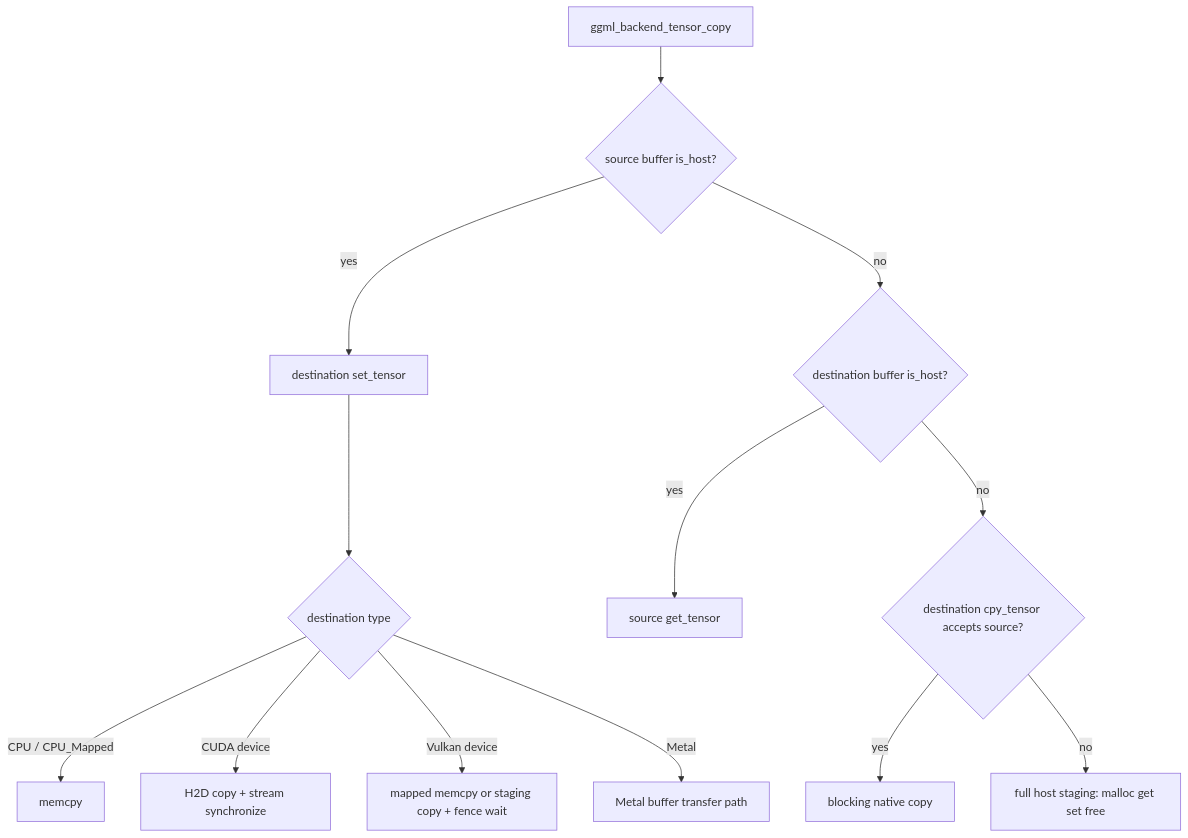
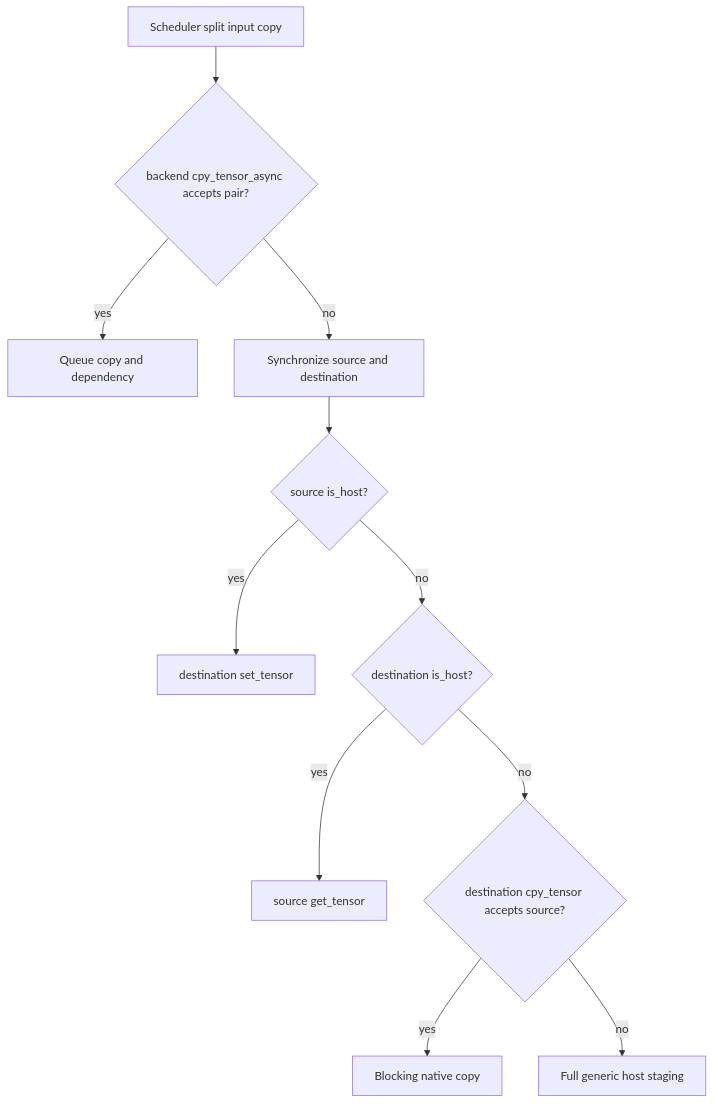
Before and after one commit to mohammed-alaa40123/How.to.llama.cpp: the diagram in docs/lifecycle/buffer-compatibility.md, drawn with Mermaid. The commit also changed other lines of this file, not shown here.

Commit message:
docs: add exact SYCL buffer compatibility matrix

````diff
--- a/docs/lifecycle/buffer-compatibility.md
+++ b/docs/lifecycle/buffer-compatibility.md
@@ -29,16 +17,13 @@
 ```mermaid
 flowchart TD
-    A[ggml_backend_tensor_copy] --> B{source buffer is_host?}
-    B -->|yes| C[destination set_tensor]
-    B -->|no| D{destination buffer is_host?}
-    D -->|yes| E[source get_tensor]
-    D -->|no| F{destination cpy_tensor accepts source?}
-    F -->|yes| G[blocking native copy]
-    F -->|no| H[full host staging: malloc get set free]
-
-    C --> I{destination type}
-    I -->|CPU / CPU_Mapped| J[memcpy]
-    I -->|CUDA device| K[H2D copy + stream synchronize]
-    I -->|Vulkan device| L[mapped memcpy or staging copy + fence wait]
-    I -->|Metal| M[Metal buffer transfer path]
+    A[Scheduler split input copy] --> B{backend cpy_tensor_async accepts pair?}
+    B -->|yes| C[Queue copy and dependency]
+    B -->|no| D[Synchronize source and destination]
+    D --> E{source is_host?}
+    E -->|yes| F[destination set_tensor]
+    E -->|no| G{destination is_host?}
+    G -->|yes| H[source get_tensor]
+    G -->|no| I{destination cpy_tensor accepts source?}
+    I -->|yes| J[Blocking native copy]
+    I -->|no| K[Full generic host staging]
 ```
````
